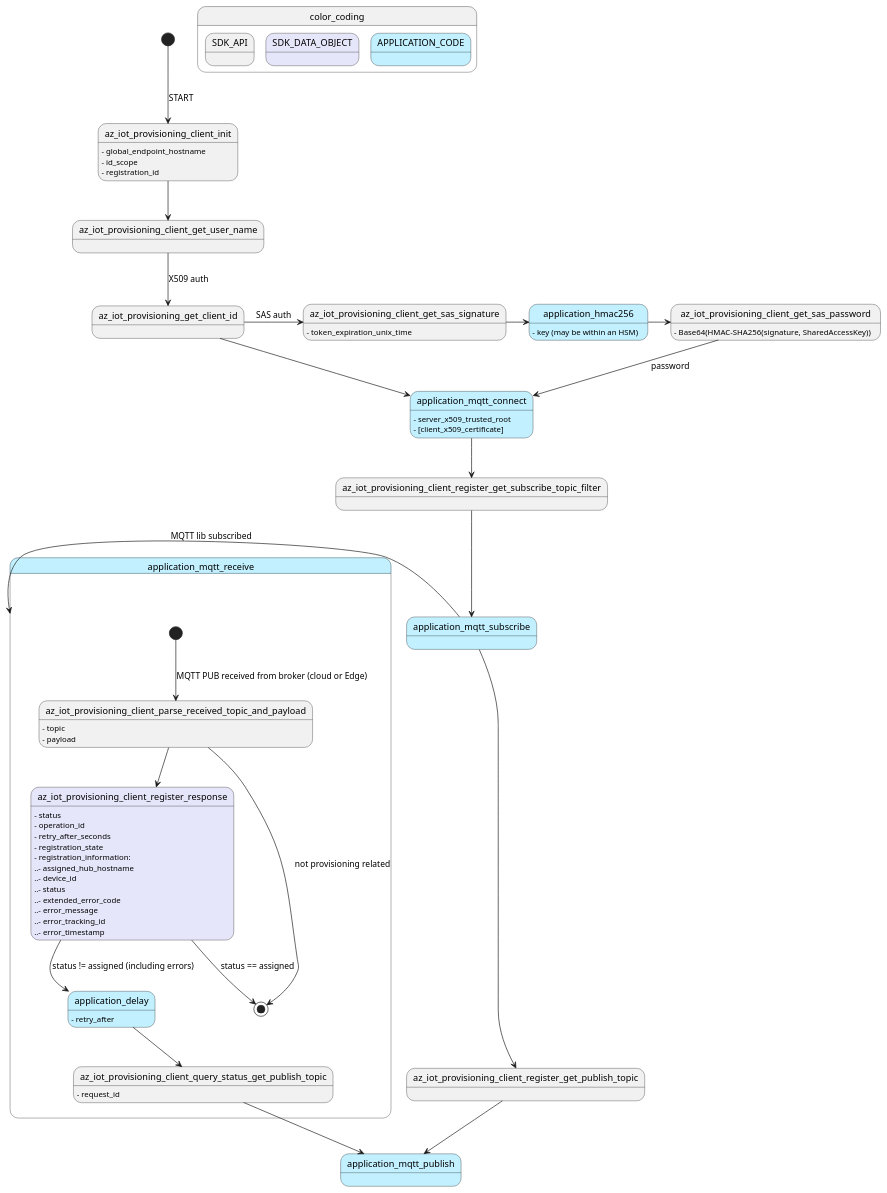
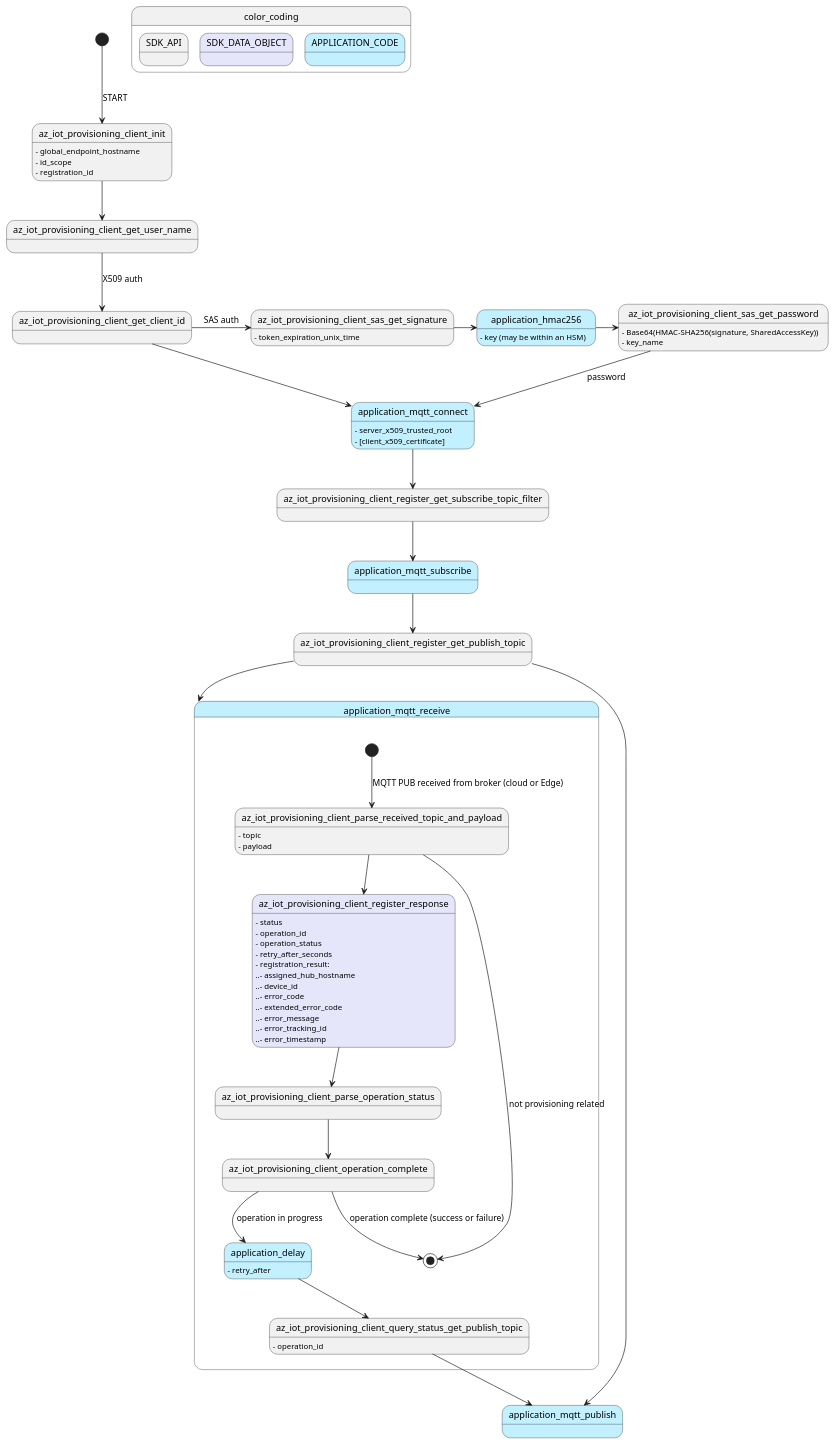
Before and after one commit to Azure/azure-sdk-for-c: the diagram in sdk/iot/doc/resources/iot_provisioning_flow.puml, drawn with PlantUML. The commit also changed 28 other files, not shown here.

Commit message:
Adding error code helpers. Changing from Doxygen note to remark. Leaving note for very important items. UTs for az_core Changing Provisioning names to clarify response vs result; operation_status vs error_code. Changes to the retry policy. Fixing invalid json bug and adding UT. Updating puml.

```diff
--- a/sdk/iot/doc/resources/iot_provisioning_flow.puml
+++ b/sdk/iot/doc/resources/iot_provisioning_flow.puml
@@ -1,87 +1,92 @@
 @startuml
 
 skinparam state {
     BackgroundColor<<APP>> APPLICATION
     BackgroundColor<<STRUCT>> Lavender
 }
 
 state color_coding {
     state SDK_API
     state SDK_DATA_OBJECT <<STRUCT>>
     state APPLICATION_CODE <<APP>>
 }
 
 ' Init
 [*] --> az_iot_provisioning_client_init: START
 az_iot_provisioning_client_init --> az_iot_provisioning_client_get_user_name
-az_iot_provisioning_client_get_user_name --> az_iot_provisioning_get_client_id : X509 auth
+az_iot_provisioning_client_get_user_name --> az_iot_provisioning_client_get_client_id : X509 auth
 state application_mqtt_connect <<APP>>
-az_iot_provisioning_get_client_id --> application_mqtt_connect
+az_iot_provisioning_client_get_client_id --> application_mqtt_connect
 
 ' Optional SAS token generation:
-az_iot_provisioning_get_client_id -> az_iot_provisioning_client_get_sas_signature : SAS auth
-az_iot_provisioning_client_get_sas_signature -> application_hmac256
-application_hmac256 -> az_iot_provisioning_client_get_sas_password
-az_iot_provisioning_client_get_sas_password --> application_mqtt_connect : password
+az_iot_provisioning_client_get_client_id -> az_iot_provisioning_client_sas_get_signature : SAS auth
+az_iot_provisioning_client_sas_get_signature -> application_hmac256
+application_hmac256 -> az_iot_provisioning_client_sas_get_password
+az_iot_provisioning_client_sas_get_password --> application_mqtt_connect : password
 state application_hmac256 <<APP>>
 
 ' Subscribe
 application_mqtt_connect --> az_iot_provisioning_client_register_get_subscribe_topic_filter
 az_iot_provisioning_client_register_get_subscribe_topic_filter --> application_mqtt_subscribe
 state application_mqtt_subscribe <<APP>>
-application_mqtt_subscribe -> application_mqtt_receive : MQTT lib subscribed
+'application_mqtt_subscribe --> application_mqtt_receive : MQTT lib subscribed
 
 ' Register
 application_mqtt_subscribe --> az_iot_provisioning_client_register_get_publish_topic
 az_iot_provisioning_client_register_get_publish_topic --> application_mqtt_publish
+az_iot_provisioning_client_register_get_publish_topic --> application_mqtt_receive
 state application_mqtt_publish <<APP>>
 
 state application_mqtt_receive <<APP>> { 
 ' MQTT PUB received
     [*] --> az_iot_provisioning_client_parse_received_topic_and_payload: MQTT PUB received from broker (cloud or Edge)
     az_iot_provisioning_client_parse_received_topic_and_payload --> az_iot_provisioning_client_register_response
     az_iot_provisioning_client_parse_received_topic_and_payload --> [*] : not provisioning related
 
-    az_iot_provisioning_client_register_response --> [*] : status == assigned
-    az_iot_provisioning_client_register_response --> application_delay : status != assigned (including errors)
+    az_iot_provisioning_client_register_response --> az_iot_provisioning_client_parse_operation_status
+
+    az_iot_provisioning_client_parse_operation_status --> az_iot_provisioning_client_operation_complete
+    az_iot_provisioning_client_operation_complete --> [*] : operation complete (success or failure)
+    az_iot_provisioning_client_operation_complete --> application_delay : operation in progress
     state application_delay <<APP>>
     application_delay --> az_iot_provisioning_client_query_status_get_publish_topic
     az_iot_provisioning_client_query_status_get_publish_topic --> application_mqtt_publish
 }
 
 ' Provisioning client:
 az_iot_provisioning_client_init : - global_endpoint_hostname
 az_iot_provisioning_client_init : - id_scope
 az_iot_provisioning_client_init : - registration_id
 
 ' SAS Tokens
-az_iot_provisioning_client_get_sas_signature : - token_expiration_unix_time
+az_iot_provisioning_client_sas_get_signature : - token_expiration_unix_time
 
 az_iot_provisioning_client_parse_received_topic_and_payload : - topic
 az_iot_provisioning_client_parse_received_topic_and_payload : - payload
 
 state az_iot_provisioning_client_register_response <<STRUCT>>
 az_iot_provisioning_client_register_response : - status
 az_iot_provisioning_client_register_response : - operation_id
+az_iot_provisioning_client_register_response : - operation_status
 az_iot_provisioning_client_register_response : - retry_after_seconds
-az_iot_provisioning_client_register_response : - registration_state
-az_iot_provisioning_client_register_response : - registration_information:
+az_iot_provisioning_client_register_response : - registration_result:
 az_iot_provisioning_client_register_response : ..- assigned_hub_hostname
 az_iot_provisioning_client_register_response : ..- device_id
-az_iot_provisioning_client_register_response : ..- status
+az_iot_provisioning_client_register_response : ..- error_code
 az_iot_provisioning_client_register_response : ..- extended_error_code
 az_iot_provisioning_client_register_response : ..- error_message
 az_iot_provisioning_client_register_response : ..- error_tracking_id
 az_iot_provisioning_client_register_response : ..- error_timestamp
 
-az_iot_provisioning_client_get_sas_password: - Base64(HMAC-SHA256(signature, SharedAccessKey))
+az_iot_provisioning_client_sas_get_password: - Base64(HMAC-SHA256(signature, SharedAccessKey))
+az_iot_provisioning_client_sas_get_password: - key_name
 
-az_iot_provisioning_client_query_status_get_publish_topic : - request_id
+az_iot_provisioning_client_query_status_get_publish_topic : - operation_id
 
 ' Application interfaces
 application_mqtt_connect : - server_x509_trusted_root
 application_mqtt_connect : - [client_x509_certificate]
 application_delay : - retry_after
 application_hmac256 : - key (may be within an HSM)
 
 @enduml
```
